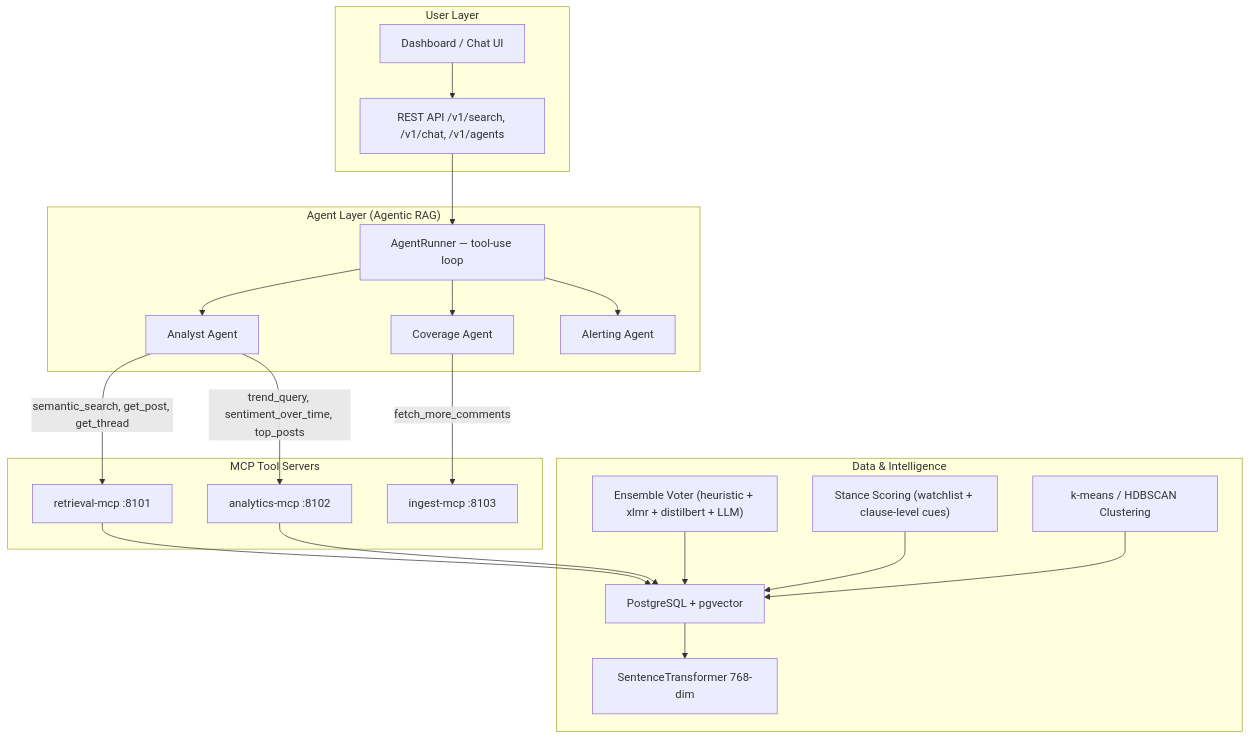
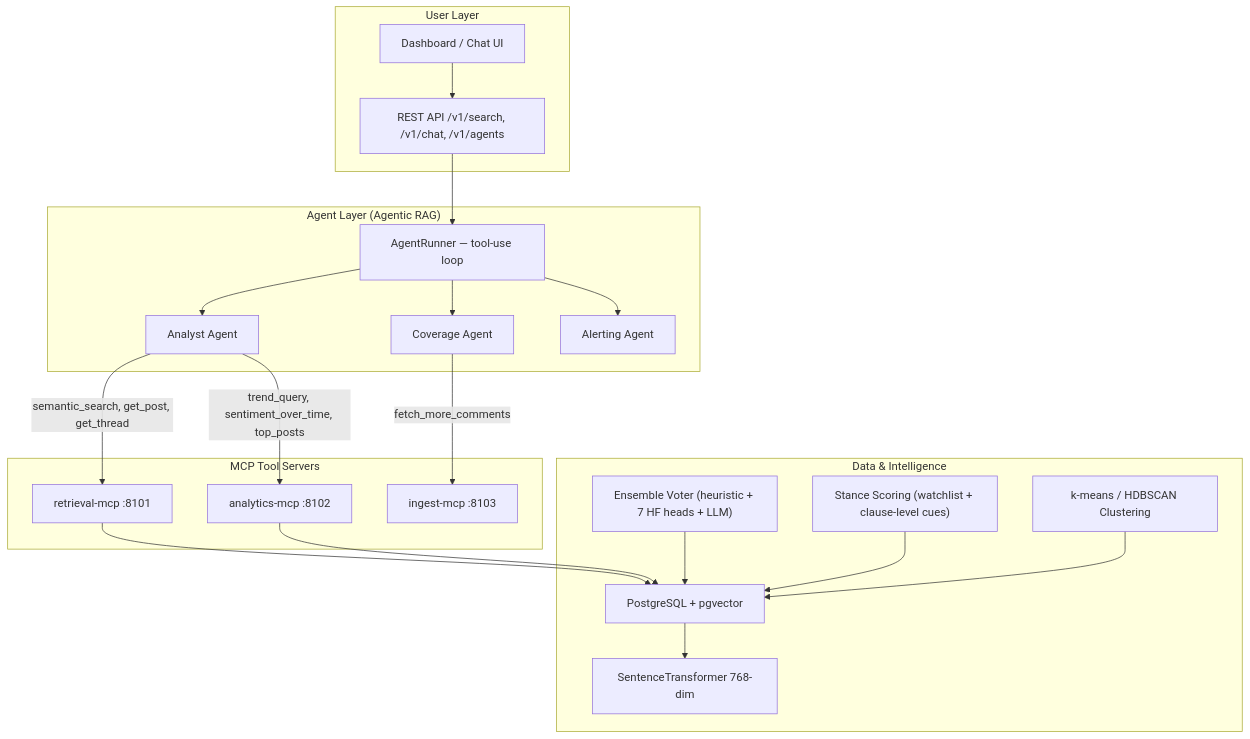
The diagram in AGENTIC_RAG_NOVELTY.md (Bishwajit-2810/Defense), drawn with Mermaid before and after one commit. The commit also changed other lines of this file and 58 other files, not shown here.

````diff
--- a/AGENTIC_RAG_NOVELTY.md
+++ b/AGENTIC_RAG_NOVELTY.md
@@ -11,41 +11,41 @@
 ```mermaid
 graph TB
     subgraph "User Layer"
         UI["Dashboard / Chat UI"]
         API["REST API /v1/search, /v1/chat, /v1/agents"]
     end
 
     subgraph "Agent Layer (Agentic RAG)"
         Runner["AgentRunner — tool-use loop"]
         Analyst["Analyst Agent"]
         Coverage["Coverage Agent"]
         Alerting["Alerting Agent"]
     end
 
     subgraph "MCP Tool Servers"
         RetMCP["retrieval-mcp :8101"]
         AnaMCP["analytics-mcp :8102"]
         IngMCP["ingest-mcp :8103"]
     end
 
     subgraph "Data & Intelligence"
         PG["PostgreSQL + pgvector"]
         Embed["SentenceTransformer 768-dim"]
-        Ensemble["Ensemble Voter (heuristic + xlmr + distilbert + LLM)"]
+        Ensemble["Ensemble Voter (heuristic + 7 HF heads + LLM)"]
         Stance["Stance Scoring (watchlist + clause-level cues)"]
         Cluster["k-means / HDBSCAN Clustering"]
     end
 
     UI --> API
     API --> Runner
     Runner --> Analyst & Coverage & Alerting
     Analyst -- "semantic_search, get_post, get_thread" --> RetMCP
     Analyst -- "trend_query, sentiment_over_time, top_posts" --> AnaMCP
     Coverage -- "fetch_more_comments" --> IngMCP
     RetMCP --> PG
     AnaMCP --> PG
     PG --> Embed
     Ensemble --> PG
     Stance --> PG
     Cluster --> PG
 ```
````
